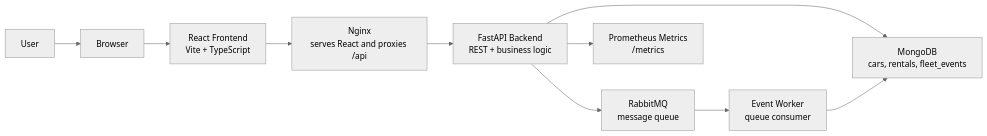
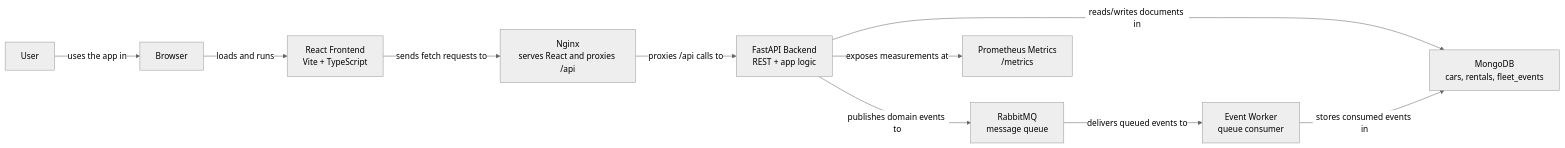
One commit to YonatanMoshes/Rental changed the first of 15 diagrams in README.md. Above: the diagram before and after it, drawn with Mermaid (neutral theme). The commit also changed other lines of this file, not shown here.

Commit message:
Clarify README diagrams and layer explanations

````diff
--- a/README.md
+++ b/README.md
@@ -39,22 +39,22 @@
 ```mermaid
 flowchart LR
     User["User"]
     Browser["Browser"]
     React["React Frontend<br/>Vite + TypeScript"]
     Nginx["Nginx<br/>serves React and proxies /api"]
-    API["FastAPI Backend<br/>REST + business logic"]
+    API["FastAPI Backend<br/>REST + app logic"]
     Mongo["MongoDB<br/>cars, rentals, fleet_events"]
     Rabbit["RabbitMQ<br/>message queue"]
     Worker["Event Worker<br/>queue consumer"]
     Metrics["Prometheus Metrics<br/>/metrics"]
 
-    User --> Browser
-    Browser --> React
-    React --> Nginx
-    Nginx --> API
-    API --> Mongo
-    API --> Rabbit
-    Rabbit --> Worker
-    Worker --> Mongo
-    API --> Metrics
+    User -->|"uses the app in"| Browser
+    Browser -->|"loads and runs"| React
+    React -->|"sends fetch requests to"| Nginx
+    Nginx -->|"proxies /api calls to"| API
+    API -->|"reads/writes documents in"| Mongo
+    API -->|"publishes domain events to"| Rabbit
+    Rabbit -->|"delivers queued events to"| Worker
+    Worker -->|"stores consumed events in"| Mongo
+    API -->|"exposes measurements at"| Metrics
 ```
````
